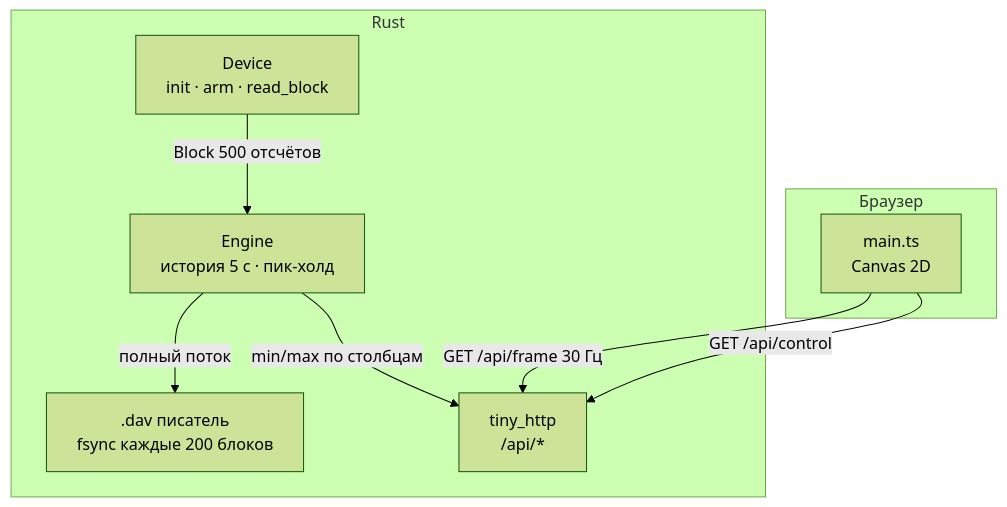
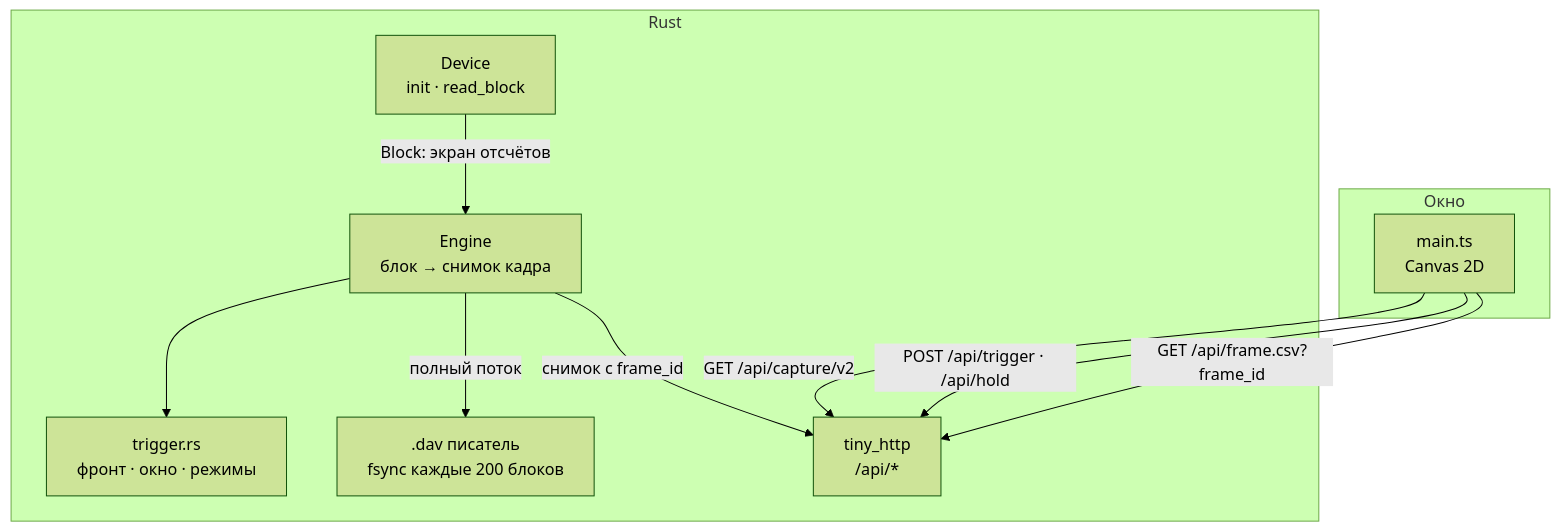
The third of 3 diagrams in README.md (Ydjin1984/hantek-da-vinci), drawn with Mermaid (forest theme) before and after one commit. The commit also changed other lines of this file and 31 other files, not shown here.

````diff
--- a/README.md
+++ b/README.md
@@ -145,17 +192,20 @@
 ```mermaid
 flowchart TD
     subgraph Rust
-        DEV["Device<br/>init · arm · read_block"]
-        ENG["Engine<br/>история 5 с · пик-холд"]
+        DEV["Device<br/>init · read_block"]
+        ENG["Engine<br/>блок → снимок кадра"]
+        TRG["trigger.rs<br/>фронт · окно · режимы"]
         LOG[".dav писатель<br/>fsync каждые 200 блоков"]
         HTTP["tiny_http<br/>/api/*"]
     end
-    subgraph Браузер
+    subgraph Окно
         UI["main.ts<br/>Canvas 2D"]
     end
-    DEV -->|Block 500 отсчётов| ENG
+    DEV -->|Block: экран отсчётов| ENG
+    ENG --> TRG
     ENG -->|полный поток| LOG
-    ENG -->|min/max по столбцам| HTTP
-    UI -->|GET /api/frame 30 Гц| HTTP
-    UI -->|GET /api/control| HTTP
+    ENG -->|снимок с frame_id| HTTP
+    UI -->|GET /api/capture/v2| HTTP
+    UI -->|POST /api/trigger · /api/hold| HTTP
+    UI -->|GET /api/frame.csv?frame_id| HTTP
 ```
````
